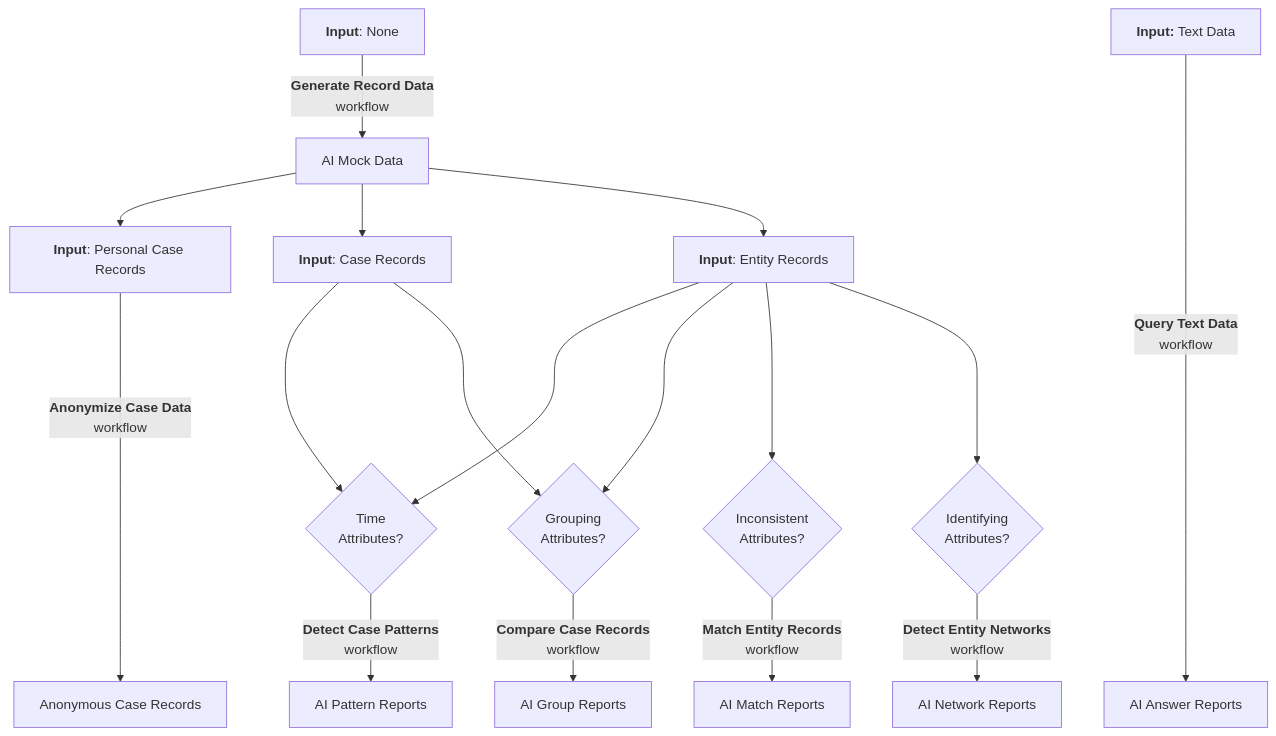
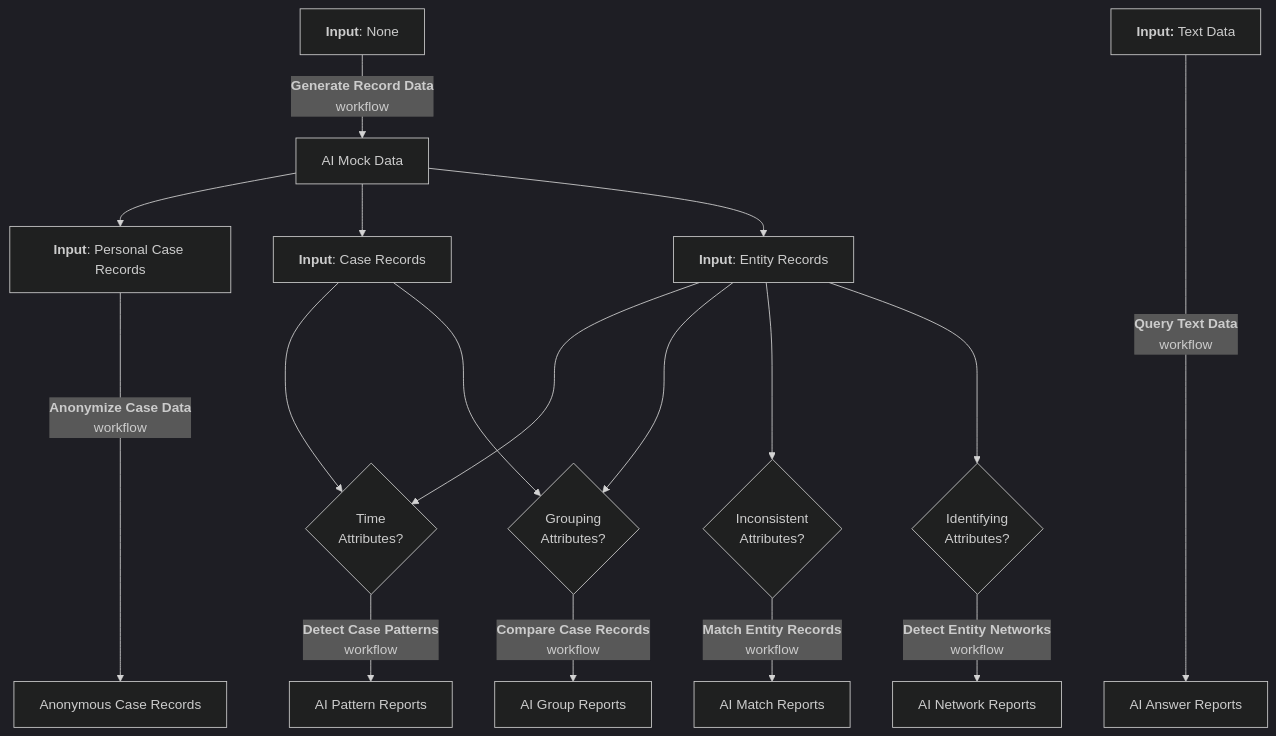
Before and after one commit to microsoft/intelligence-toolkit: the diagram in README.md, drawn with Mermaid.

Commit message:
theme always dark

````diff
--- a/README.md
+++ b/README.md
@@ -107,18 +107,20 @@
 ```mermaid
-%%{init: {"flowchart": {"htmlLabels": true}} }%%
+%%{init: {
+  'theme': 'dark',
+  "flowchart": {"htmlLabels": true}} }%%
 flowchart TD
     NoData["<b>Input</b>: None"] --> |"<b>Generate Record Data</b><br/>workflow"| MockData["Mock Data"]
     MockData["AI Mock Data"] --> PersonalData["<b>Input</b>: Personal Case Records"]
     MockData["AI Mock Data"] --> CaseRecords["<b>Input</b>: Case Records"]
     MockData["AI Mock Data"] --> EntityData["<b>Input</b>: Entity Records"]
     PersonalData["<b>Input</b>: Personal Case Records"] ----> |"<b>Anonymize Case Data</b><br/>workflow"| AnonData["Anonymous Case Records"]
     EntityData["<b>Input</b>: Entity Records"] ---> HasTime{"Time<br/>Attributes?"}
     CaseRecords["<b>Input</b>: Case Records"] ---> HasTime{"Time<br/>Attributes?"}
     HasTime{"Time<br/>Attributes?"} --> |"<b>Detect Case Patterns</b><br/>workflow"| CasePatterns["AI Pattern Reports"]
     EntityData["<b>Input</b>: Entity Records"] ---> HasGroups{"Grouping<br/>Attributes?"}
     CaseRecords["<b>Input</b>: Case Records"] ---> HasGroups{"Grouping<br/>Attributes?"}
     HasGroups{"Grouping<br/>Attributes?"} --> |"<b>Compare Case Records</b><br/>workflow"| MatchedEntities["AI Group Reports"]
     EntityData["<b>Input</b>: Entity Records"] ---> HasInconsistencies{"Inconsistent<br/>Attributes?"} --> |"<b>Match Entity Records</b><br/>workflow"| RecordLinking["AI Match Reports"]
     EntityData["<b>Input</b>: Entity Records"] ---> HasIdentifiers{"Identifying<br/>Attributes?"} --> |"<b>Detect Entity Networks</b><br/>workflow"| NetworkAnalysis["AI Network Reports"]
     TextDocs["<b>Input:</b> Text Data"] ------> |"<b>Query Text Data</b><br/>workflow"| AnswerReports["AI Answer Reports"]
 ```
````
